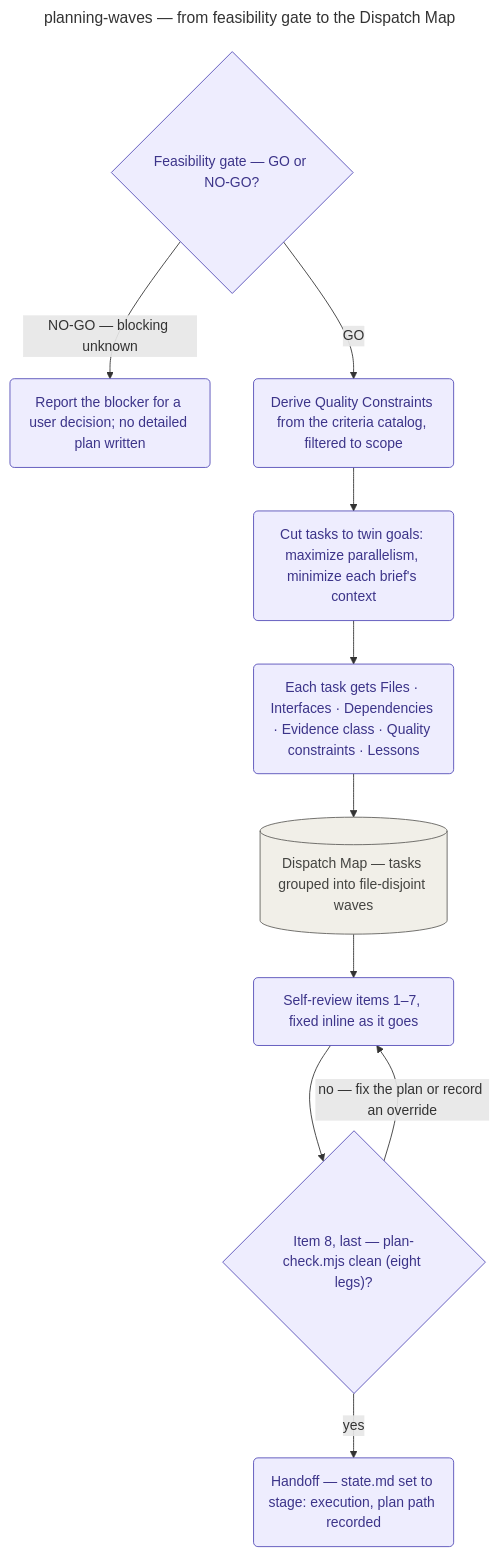
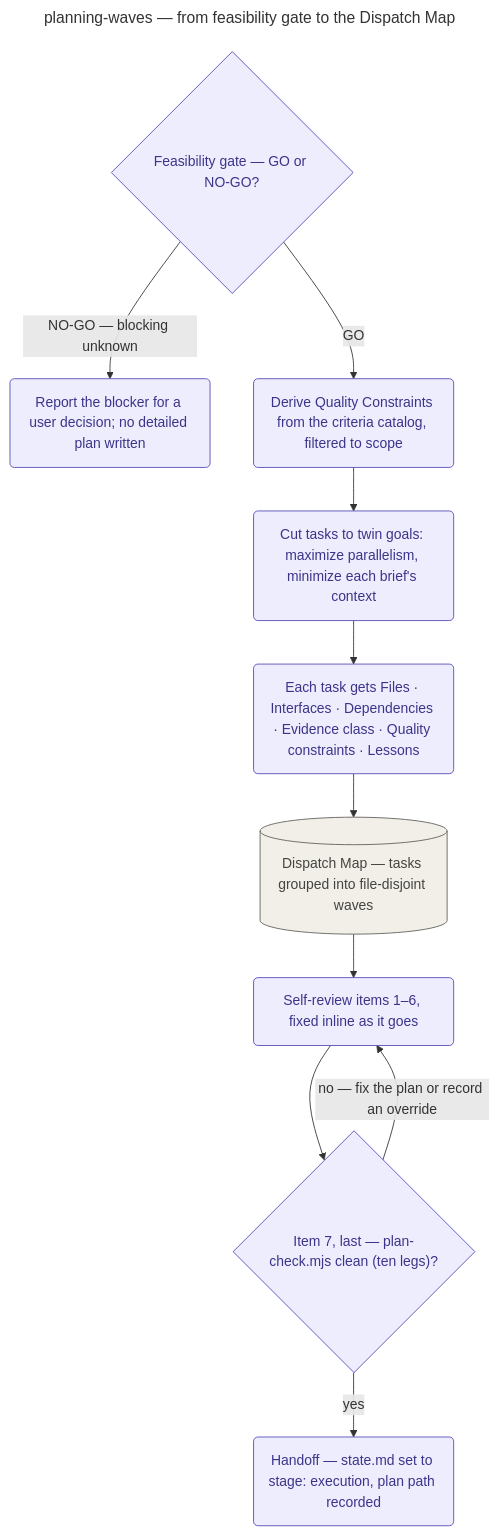
Before and after one commit to KonstantinRoehrl/devcycle: the diagram in docs/playbooks/planning-waves/README.md, drawn with Mermaid. The commit also changed other lines of this file and 124 other files, not shown here.

````diff
--- a/docs/playbooks/planning-waves/README.md
+++ b/docs/playbooks/planning-waves/README.md
@@ -86,21 +114,21 @@
 ```mermaid
 ---
 title: planning-waves — from feasibility gate to the Dispatch Map
-accDescr: Playbook-internal flowchart of the planning stage, from the feasibility gate's GO/NO-GO verdict through quality-constraint derivation, task cutting to the twin goals of parallelism and minimal context, the Dispatch Map, the eight-item self-review ending in the plan gate, and the handoff to execution.
+accDescr: Playbook-internal flowchart of the planning stage, from the feasibility gate's GO/NO-GO verdict through quality-constraint derivation, task cutting to the twin goals of parallelism and minimal context, the Dispatch Map, the seven-item self-review ending in the plan gate, and the handoff to execution.
 ---
 flowchart TD
     FEAS{"Feasibility gate — GO or NO-GO?"}:::stage
     FEAS -->|"NO-GO — blocking unknown"| REPORT("Report the blocker for a user decision; no detailed plan written"):::stage
     FEAS -->|GO| QC("Derive Quality Constraints from the criteria catalog, filtered to scope"):::stage
     QC --> CUT("Cut tasks to twin goals: maximize parallelism, minimize each brief's context"):::stage
     CUT --> TASK("Each task gets Files · Interfaces · Dependencies · Evidence class · Quality constraints · Lessons"):::stage
     TASK --> MAP[("Dispatch Map — tasks grouped into file-disjoint waves")]:::structural
-    MAP --> SELFREVIEW("Self-review items 1–7, fixed inline as it goes"):::stage
-    SELFREVIEW --> GATE{"Item 8, last — plan-check.mjs clean (eight legs)?"}:::stage
+    MAP --> SELFREVIEW("Self-review items 1–6, fixed inline as it goes"):::stage
+    SELFREVIEW --> GATE{"Item 7, last — plan-check.mjs clean (ten legs)?"}:::stage
     GATE -->|"no — fix the plan or record an override"| SELFREVIEW
     GATE -->|yes| HANDOFF("Handoff — state.md set to stage: execution, plan path recorded"):::stage
 
     classDef stage fill:#EEEDFE,stroke:#534AB7,color:#3C3489;
     classDef tool fill:#E1F5EE,stroke:#0F6E56,color:#085041,stroke-dasharray:5 5;
     classDef structural fill:#F1EFE8,stroke:#5F5E5A,color:#444441;
 ```
````
